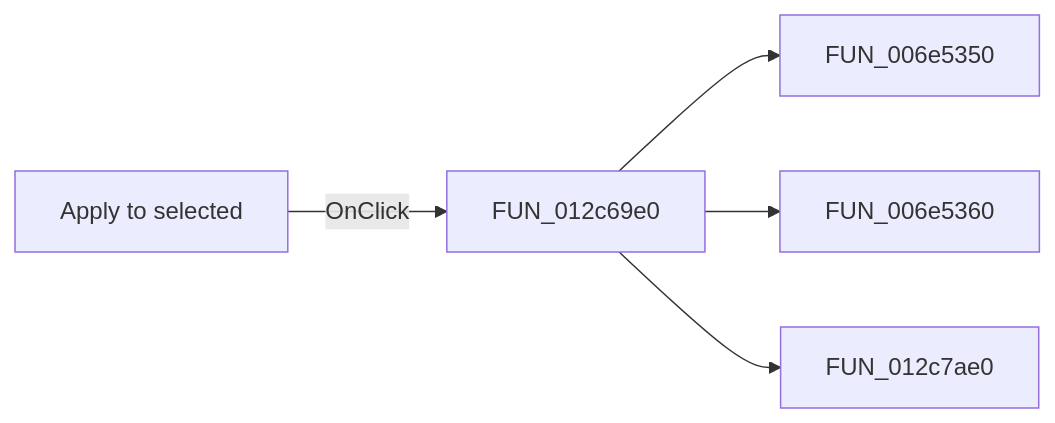
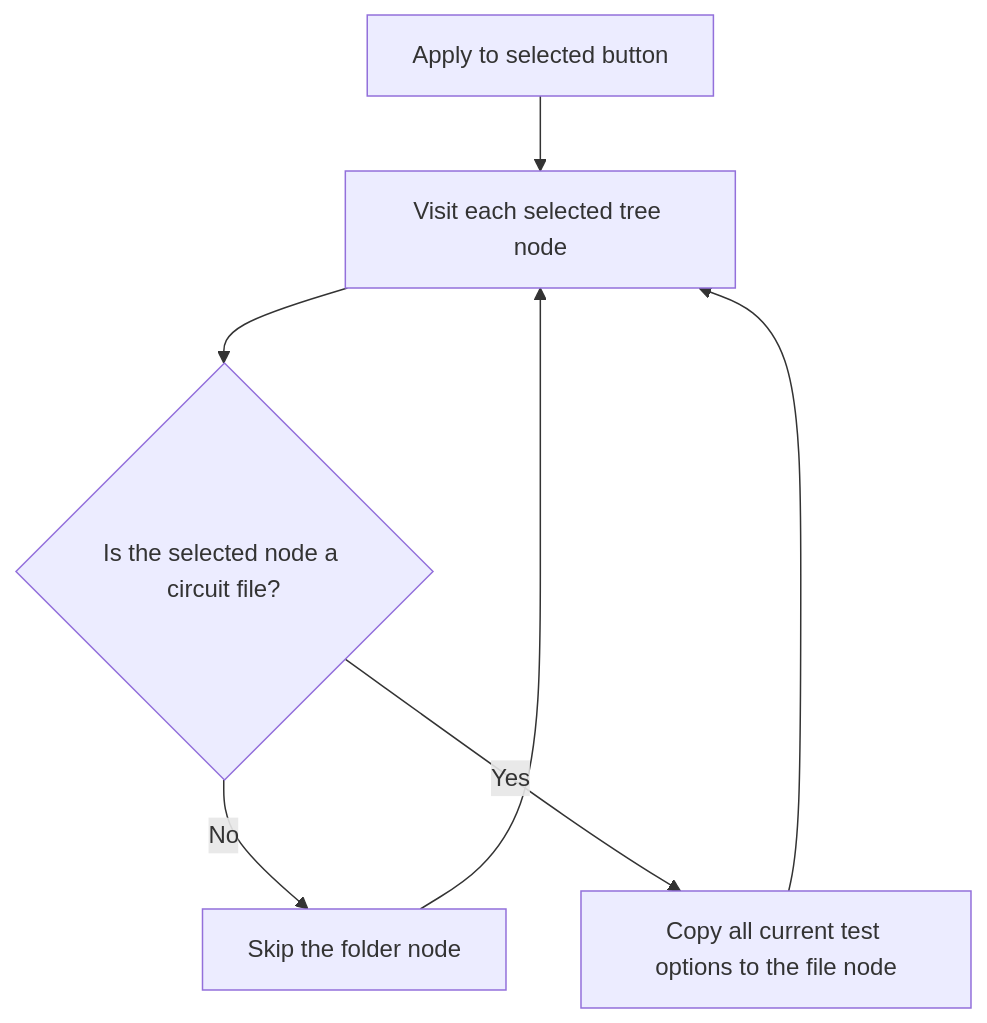
One commit to MovGP0/TIARA changed the diagram in docs/ui-controls/frmtestbencheditor/btnapplyselected-0c48890f59.md. Above: the diagram before and after it, drawn with Mermaid. The commit also changed other lines of this file and 387 other files, not shown here.

````diff
--- a/docs/ui-controls/frmtestbencheditor/btnapplyselected-0c48890f59.md
+++ b/docs/ui-controls/frmtestbencheditor/btnapplyselected-0c48890f59.md
@@ -27,7 +19,9 @@
 ```mermaid
-flowchart LR
-    control["Apply to selected"] -->|OnClick| handler["FUN_012c69e0"]
-    handler --> call1["FUN_006e5350"]
-    handler --> call2["FUN_006e5360"]
-    handler --> call3["FUN_012c7ae0"]
+flowchart TD
+    control["Apply to selected button"] --> iterate["Visit each selected tree node"]
+    iterate --> file{"Is the selected node a circuit file?"}
+    file -->|No| skip["Skip the folder node"]
+    file -->|Yes| apply["Copy all current test options to the file node"]
+    skip --> iterate
+    apply --> iterate
 ```
````
